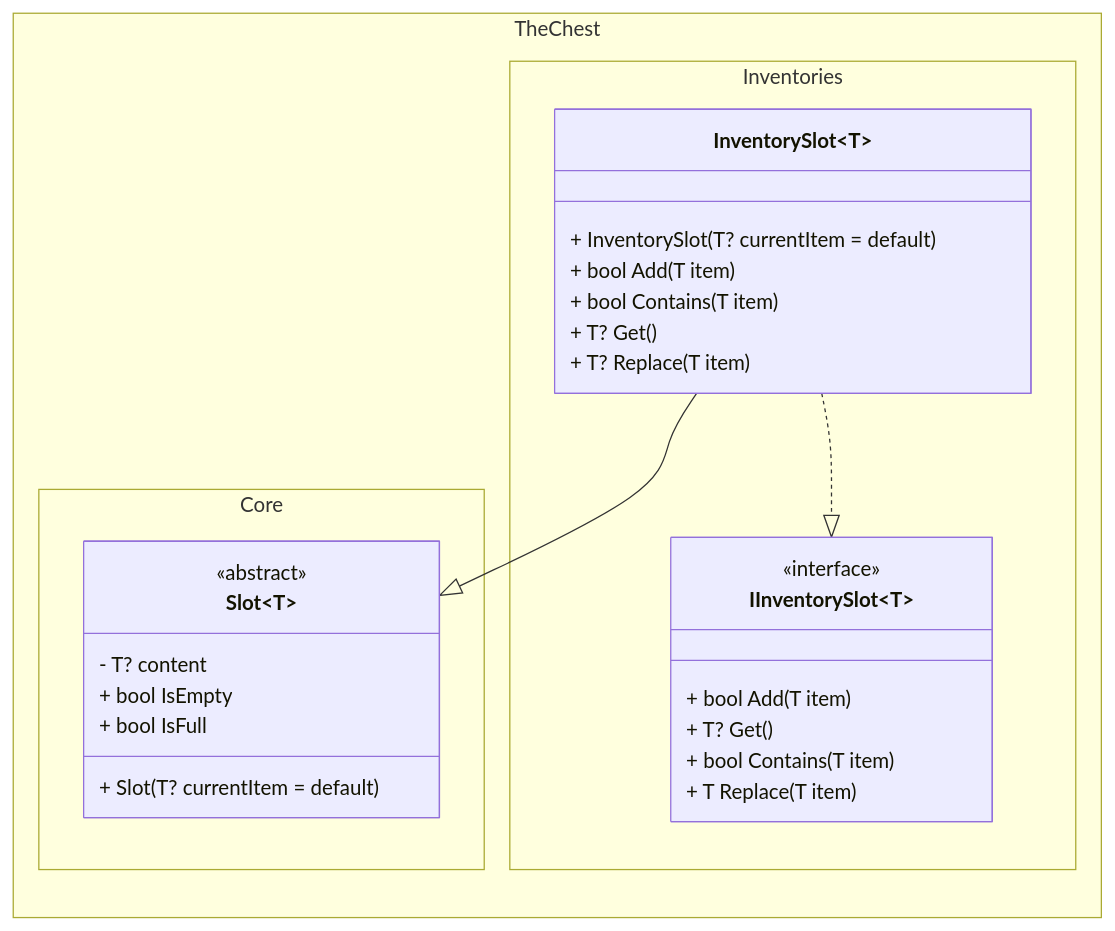
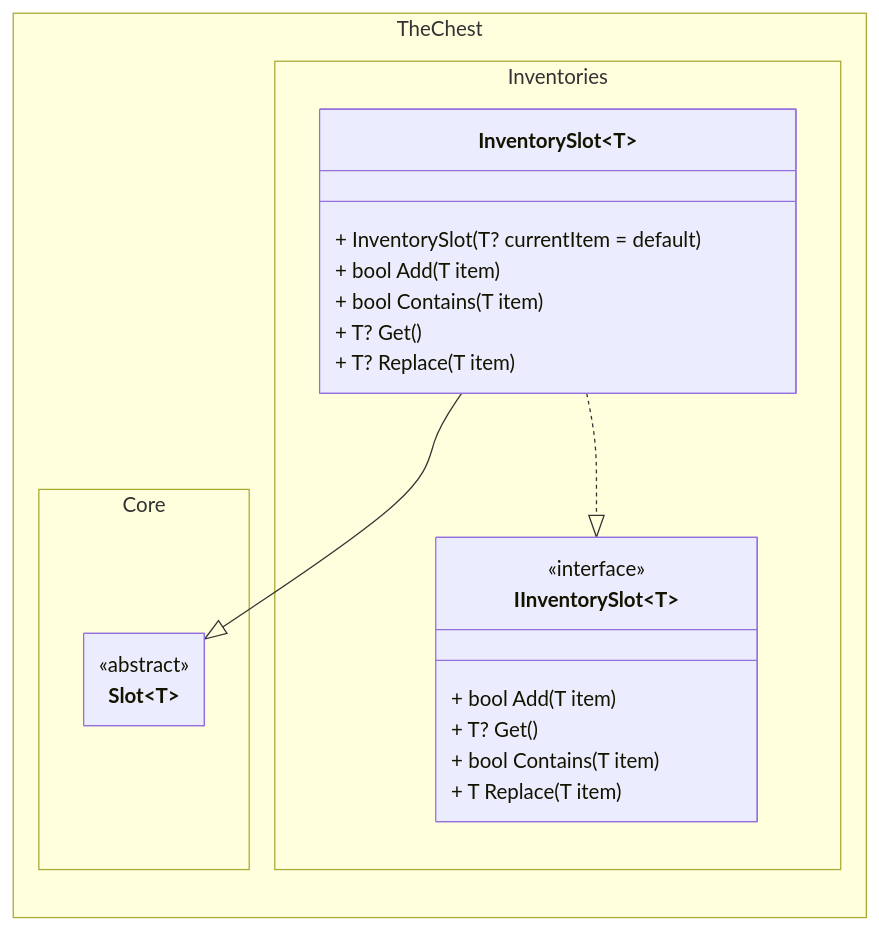
One commit to The-Chest/TheChest.Inventories changed the second of 2 diagrams in docs/inventory/class_diagram.md. Above: the diagram before and after it, drawn with Mermaid. The commit also changed other lines of this file and 20 other files, not shown here.

````diff
--- a/docs/inventory/class_diagram.md
+++ b/docs/inventory/class_diagram.md
@@ -78,42 +81,38 @@
 ```mermaid
 ---
 config:
   theme: mc
   look: classic
   class:
     hideEmptyMembersBox: true
 ---
 classDiagram
 direction BT
 
 namespace TheChest.Core {
     class Slot~T~ {
-        - T? content
-        + bool IsEmpty
-        + bool IsFull
-        + Slot(T? currentItem = default)
     }
 }
 <<abstract>> Slot
 
 namespace TheChest.Inventories {
     class IInventorySlot~T~ {
         + bool Add(T item)
         + T? Get()
         + bool Contains(T item)
         + T Replace(T item)
     }
     class InventorySlot~T~ {
         + InventorySlot(T? currentItem = default)
         + bool Add(T item)
         + bool Contains(T item)
         + T? Get()
         + T? Replace(T item)
     }
 }
 
 <<interface>> IInventorySlot
 
 InventorySlot~T~ --|> Slot~T~ 
 InventorySlot~T~ ..|> IInventorySlot~T~
 ```
````
